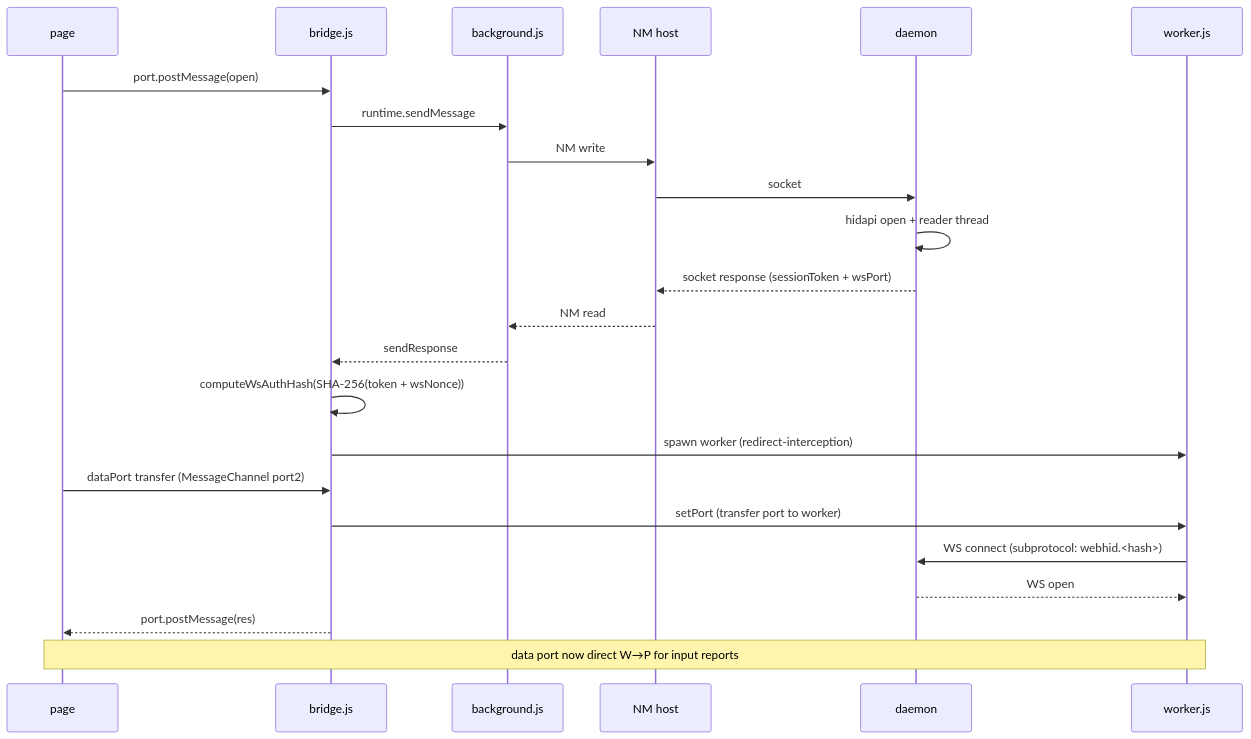
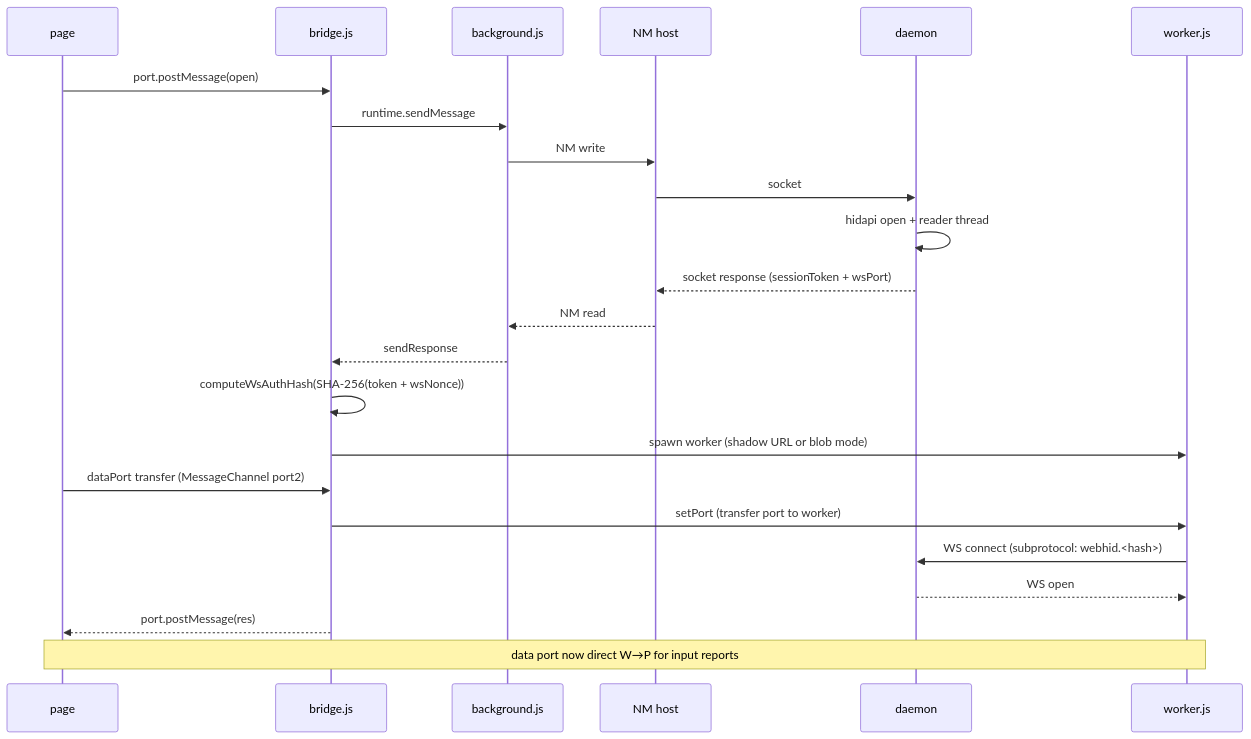
The sixth of 9 diagrams in docs/ARCHITECTURE.md (K4zoku/FF-WebHID), drawn with Mermaid before and after one commit. The commit also changed other lines of this file and 11 other files, not shown here.

````diff
--- a/docs/ARCHITECTURE.md
+++ b/docs/ARCHITECTURE.md
@@ -304,26 +325,26 @@
 ```mermaid
 sequenceDiagram
     participant P as page
     participant B as bridge.js
     participant G as background.js
     participant N as NM host
     participant D as daemon
     participant W as worker.js
 
     P->>B: port.postMessage(open)
     B->>G: runtime.sendMessage
     G->>N: NM write
     N->>D: socket
     D->>D: hidapi open + reader thread
     D-->>N: socket response (sessionToken + wsPort)
     N-->>G: NM read
     G-->>B: sendResponse
     B->>B: computeWsAuthHash(SHA-256(token + wsNonce))
-    B->>W: spawn worker (redirect-interception)
+    B->>W: spawn worker (shadow URL or blob mode)
     P->>B: dataPort transfer (MessageChannel port2)
     B->>W: setPort (transfer port to worker)
     W->>D: WS connect (subprotocol: webhid.<hash>)
     D-->>W: WS open
     B-->>P: port.postMessage(res)
     Note over P,W: data port now direct W→P for input reports
 ```
````
